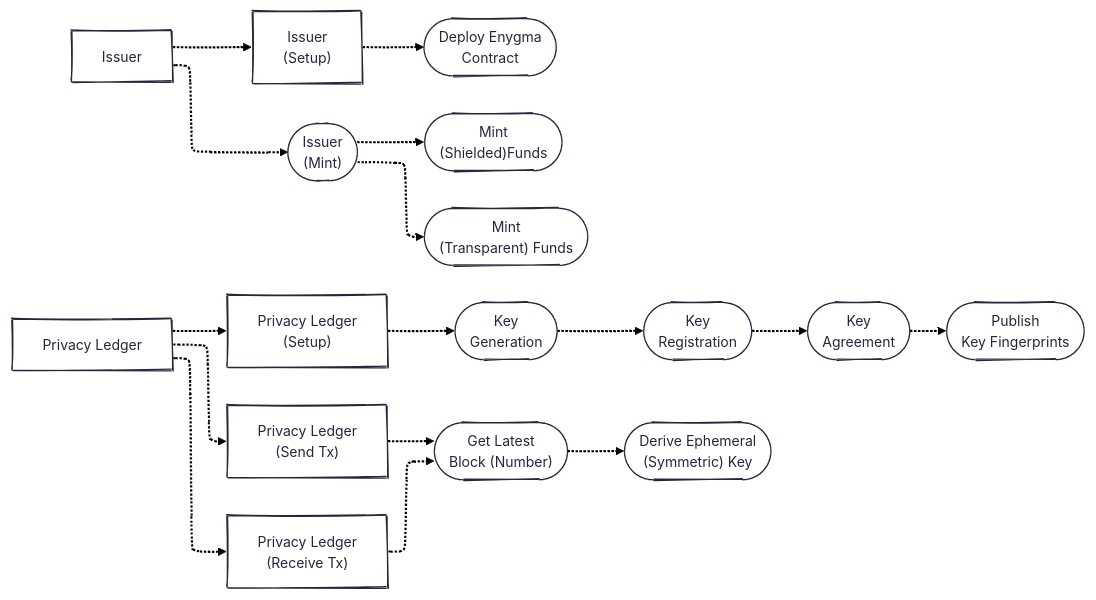
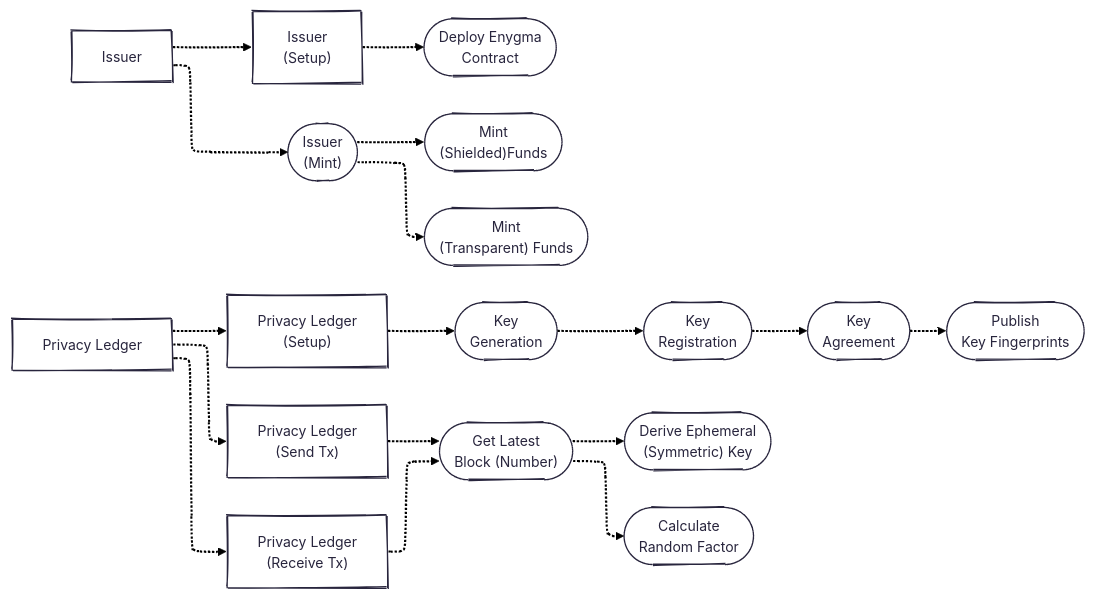
One commit to raylsnetwork/Enygma changed the diagram in enygma_payments/protocol_description.md. Above: the diagram before and after it, drawn with Mermaid.

````diff
--- a/enygma_payments/protocol_description.md
+++ b/enygma_payments/protocol_description.md
@@ -4,39 +4,40 @@
 ```mermaid
 ---
 config:
   theme: redux
   layout: elk
   look: handDrawn
 ---
 flowchart LR
     issuer["Issuer"]
     i_setup["Issuer<br>(Setup)"]
     deploy(["Deploy Enygma<br>Contract"])
 
     i_mint(["Issuer<br>(Mint)"])
     mint_shield(["Mint<br>(Shielded)Funds"])
     mint_transparent(["Mint<br>(Transparent) Funds"])
 
     pl["Privacy Ledger"]
     pl_setup["Privacy Ledger<br>(Setup)"]
     keygen(["Key<br>Generation"])
     register(["Key<br>Registration"])
     kem(["Key<br>Agreement"])
     publish(["Publish<br>Key Fingerprints"])
 
     pl_send["Privacy Ledger<br>(Send Tx)"]
     getblock(["Get Latest<br>Block (Number)"])
     derivekey(["Derive Ephemeral<br>(Symmetric) Key"])
+    calcR(["Calculate<br>Random Factor"])
 
     pl_receive["Privacy Ledger<br>(Receive Tx)"]
 
 
     issuer -.-> i_setup & i_mint
     i_setup -.-> deploy
     i_mint -.-> mint_shield & mint_transparent
 
     pl -.-> pl_setup & pl_send & pl_receive
 
     pl_setup -.-> keygen -.-> register -.-> kem -.-> publish
-    pl_send & pl_receive -.-> getblock -.-> derivekey
+    pl_send & pl_receive -.-> getblock -.-> derivekey & calcR
 ```
````
